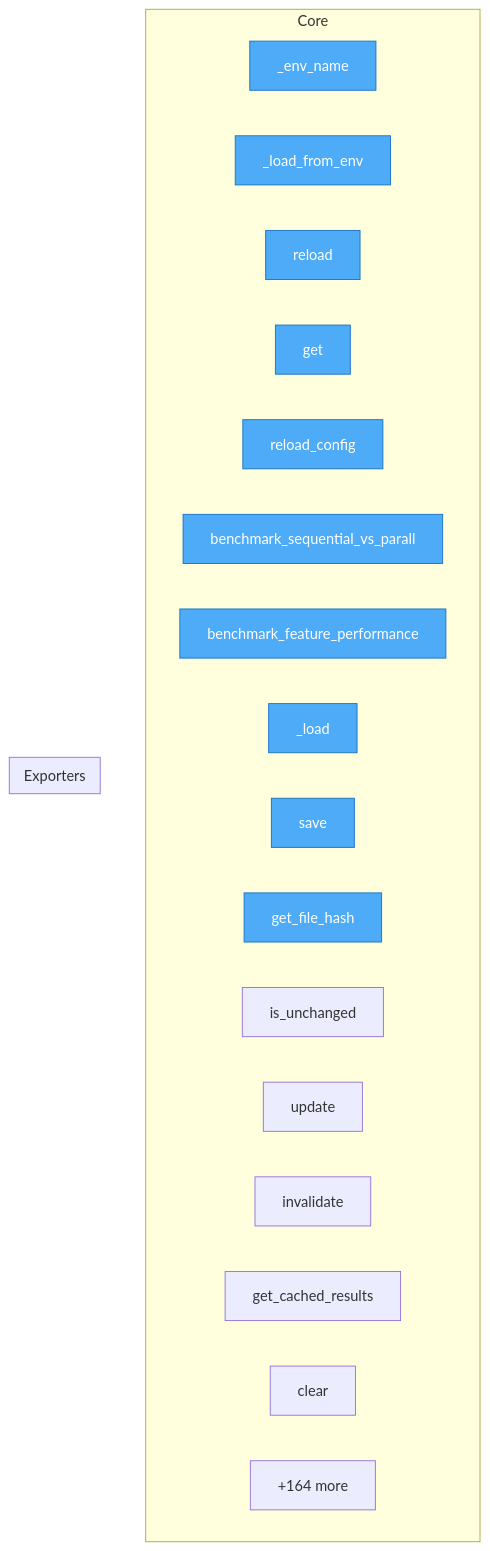
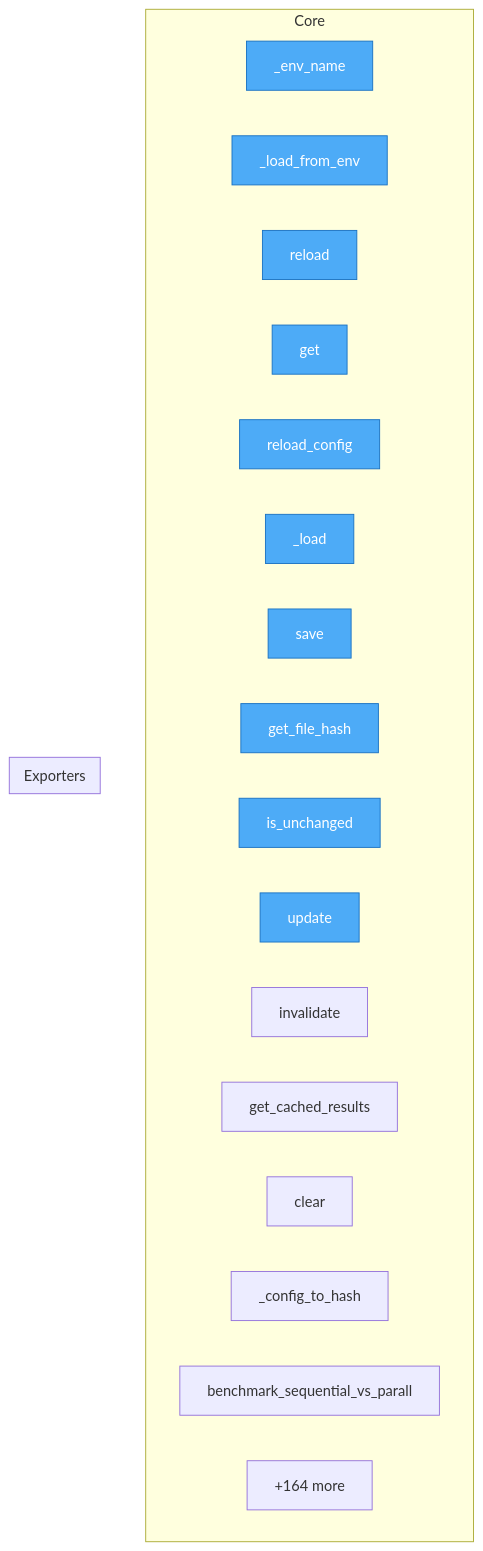
Before and after one commit to semcod/redup: the diagram in project/flow.mmd, drawn with Mermaid. The commit also changed 17 other files, not shown here.

```diff
--- a/project/flow.mmd
+++ b/project/flow.mmd
@@ -1,28 +1,28 @@
 flowchart TD
 
     %% Entry points (blue)
     classDef entry fill:#4dabf7,stroke:#1971c2,color:#fff
 
     subgraph Core
         src__redup__config__RedupConfig___env_name["_env_name"]
         src__redup__config__RedupConfig___load_from_env["_load_from_env"]
         src__redup__config__RedupConfig__reload["reload"]
         src__redup__config__RedupConfig__get["get"]
         src__redup__config__reload_config["reload_config"]
-        benchmark__benchmark_sequential_vs_parallel["benchmark_sequential_vs_parall"]
-        benchmark__benchmark_feature_performance["benchmark_feature_performance"]
         src__redup__core__hash_cache__HashCache___load["_load"]
         src__redup__core__hash_cache__HashCache__save["save"]
         src__redup__core__hash_cache__HashCache__get_file_hash["get_file_hash"]
         src__redup__core__hash_cache__HashCache__is_unchanged["is_unchanged"]
         src__redup__core__hash_cache__HashCache__update["update"]
         src__redup__core__hash_cache__HashCache__invalidate["invalidate"]
         src__redup__core__hash_cache__HashCache__get_cached_results["get_cached_results"]
         src__redup__core__hash_cache__HashCache__clear["clear"]
+        src__redup__core__hash_cache___config_to_hash["_config_to_hash"]
+        benchmark__benchmark_sequential_vs_parallel["benchmark_sequential_vs_parall"]
         ...["+164 more"]
     end
 
     subgraph Exporters
     end
 
-    class src__redup__config__RedupConfig___env_name,src__redup__config__RedupConfig___load_from_env,src__redup__config__RedupConfig__reload,src__redup__config__RedupConfig__get,src__redup__config__reload_config,benchmark__benchmark_sequential_vs_parallel,benchmark__benchmark_feature_performance,src__redup__core__hash_cache__HashCache___load,src__redup__core__hash_cache__HashCache__save,src__redup__core__hash_cache__HashCache__get_file_hash entry
+    class src__redup__config__RedupConfig___env_name,src__redup__config__RedupConfig___load_from_env,src__redup__config__RedupConfig__reload,src__redup__config__RedupConfig__get,src__redup__config__reload_config,src__redup__core__hash_cache__HashCache___load,src__redup__core__hash_cache__HashCache__save,src__redup__core__hash_cache__HashCache__get_file_hash,src__redup__core__hash_cache__HashCache__is_unchanged,src__redup__core__hash_cache__HashCache__update entry
```
